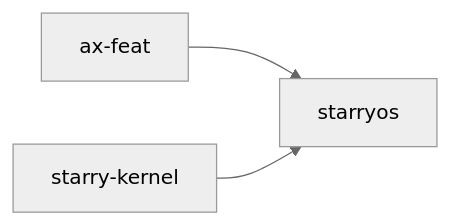
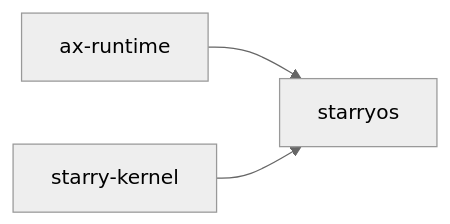
The second of 2 diagrams in docs/docs/components/crates/starryos.md (rcore-os/tgoskits), drawn with Mermaid (neutral theme) before and after one commit. The commit also changed other lines of this file and 189 other files, not shown here.

````diff
--- a/docs/docs/components/crates/starryos.md
+++ b/docs/docs/components/crates/starryos.md
@@ -101,5 +101,5 @@
 ```mermaid
 graph LR
-    ax-feat["ax-feat"] --> starryos["starryos"]
+    ax-runtime["ax-runtime"] --> starryos["starryos"]
     kernel["starry-kernel"] --> starryos
 ```
````
